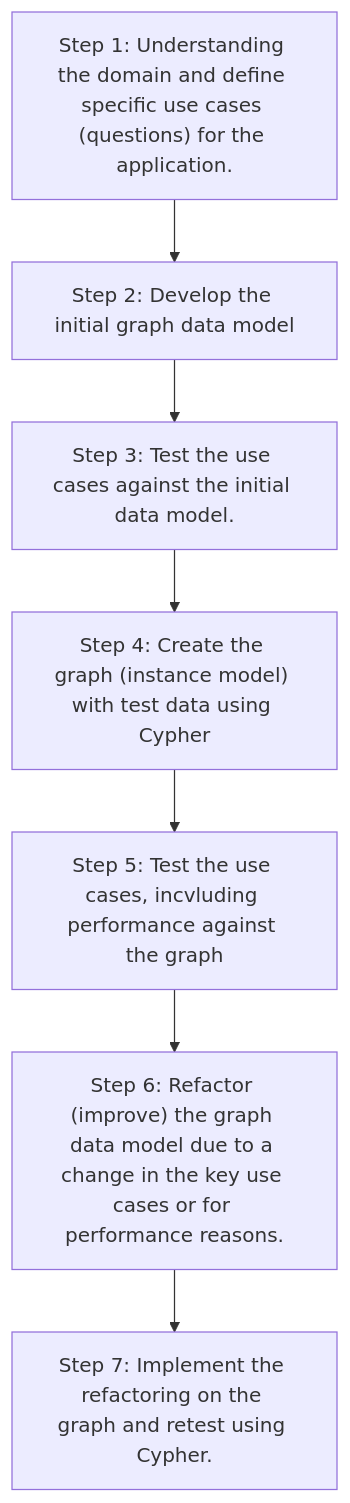
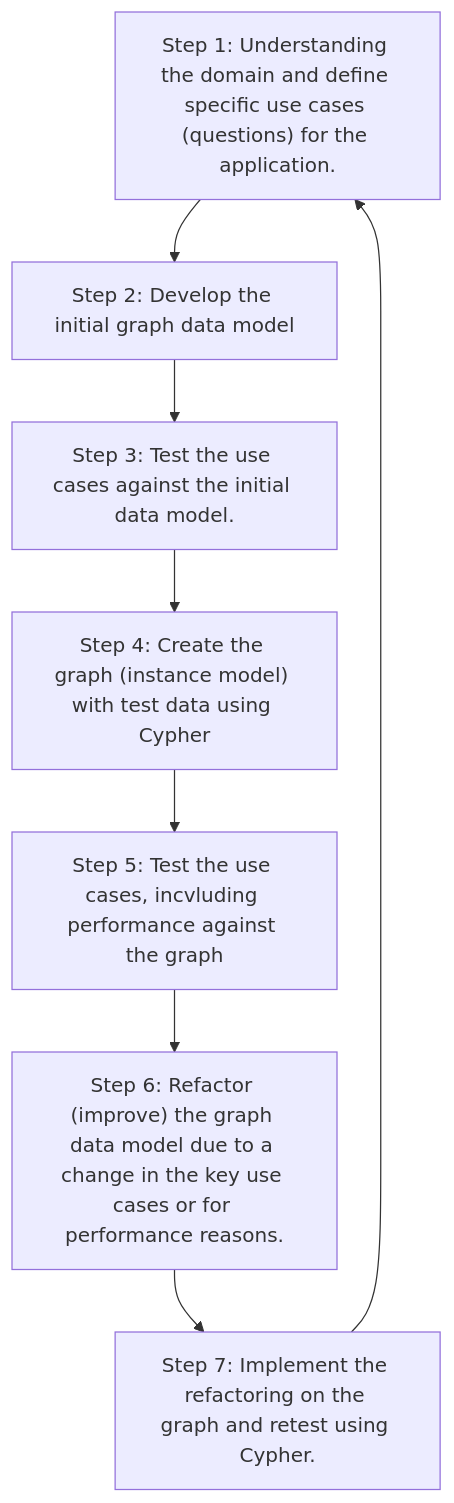
One commit to yasenstar/learn_graphdb changed the diagram in neo4j/graph_data_modeling/README.md. Above: the diagram before and after it, drawn with Mermaid. The commit also changed other lines of this file and 2 other files, not shown here.

````diff
--- a/neo4j/graph_data_modeling/README.md
+++ b/neo4j/graph_data_modeling/README.md
@@ -21,11 +24,11 @@
 ```mermaid
 flowchart TD
     S1["Step 1: Understanding the domain and define specific use cases (questions) for the application."]
     S2["Step 2: Develop the initial graph data model"]
     S3["Step 3: Test the use cases against the initial data model."]
     S4["Step 4: Create the graph (instance model) with test data using Cypher"]
     S5["Step 5: Test the use cases, incvluding performance against the graph"]
     S6["Step 6: Refactor (improve) the graph data model due to a change in the key use cases or for performance reasons."]
     S7["Step 7: Implement the refactoring on the graph and retest using Cypher."]
-    S1 --> S2 --> S3 --> S4 --> S5 --> S6 --> S7
+    S1 --> S2 --> S3 --> S4 --> S5 --> S6 --> S7 --> S1
 ```
````
